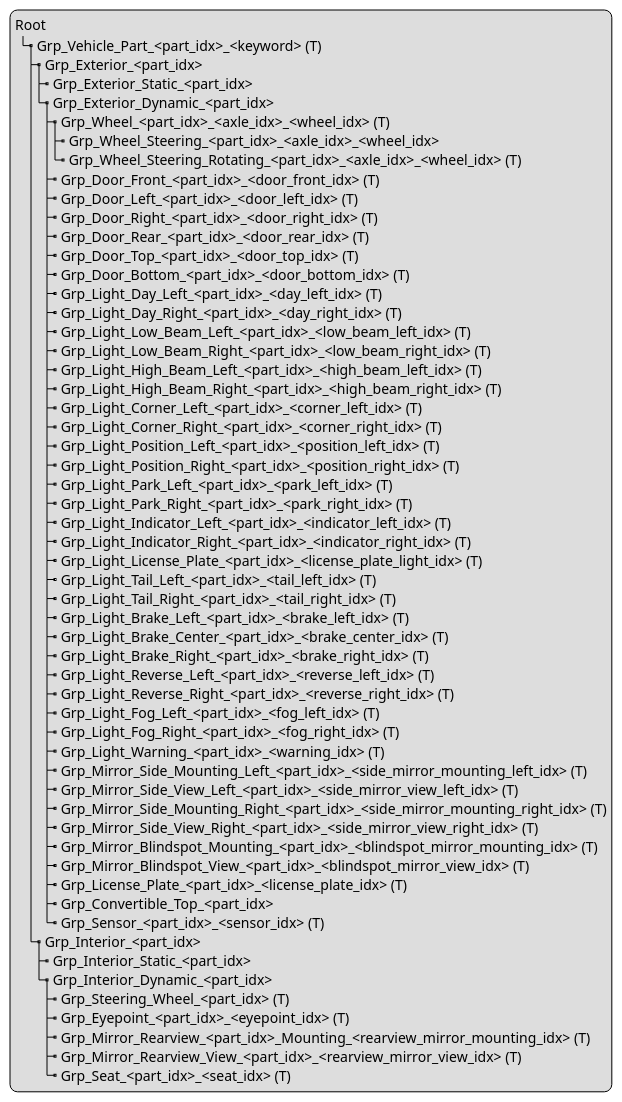
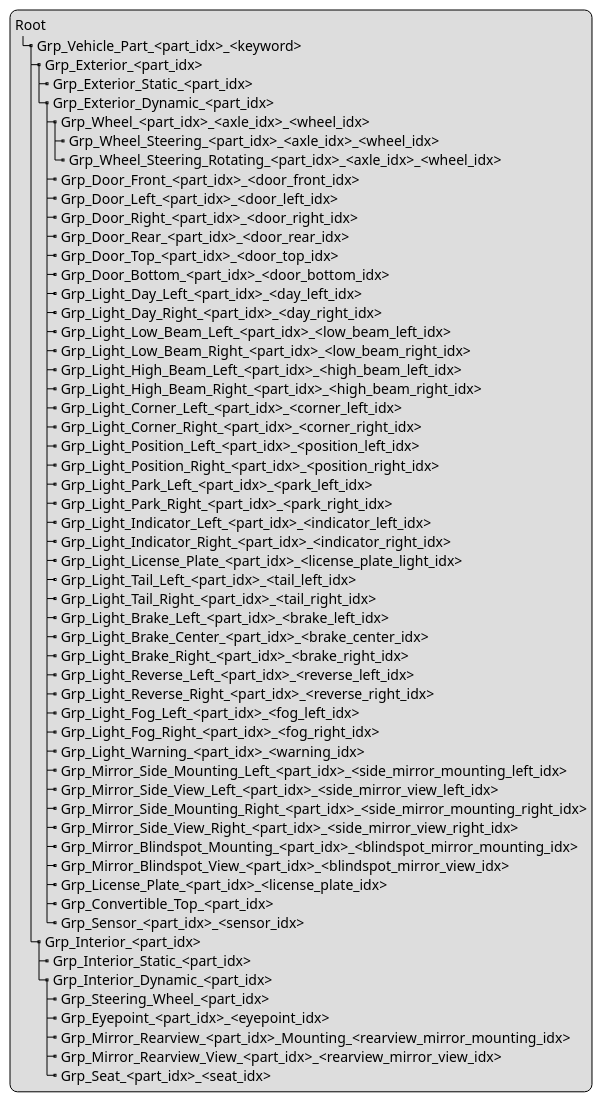
One commit to asam-ev/OpenMATERIAL changed the diagram in content/geometry/object-vehicle/vehicle-structure-model-structure.adoc. Above: the diagram before and after it, drawn with PlantUML. The commit also changed other lines of this file, not shown here.

```diff
--- a/content/geometry/object-vehicle/vehicle-structure-model-structure.adoc
+++ b/content/geometry/object-vehicle/vehicle-structure-model-structure.adoc
@@ -9,61 +9,61 @@
 [plantuml]
 ----
 legend
 Root
-|_ Grp_Vehicle_Part_<part_idx>_<keyword> (T)
+|_ Grp_Vehicle_Part_<part_idx>_<keyword>
   |_ Grp_Exterior_<part_idx>
     |_ Grp_Exterior_Static_<part_idx>
     |_ Grp_Exterior_Dynamic_<part_idx>
-      |_ Grp_Wheel_<part_idx>_<axle_idx>_<wheel_idx> (T)
+      |_ Grp_Wheel_<part_idx>_<axle_idx>_<wheel_idx>
         |_ Grp_Wheel_Steering_<part_idx>_<axle_idx>_<wheel_idx>
-        |_ Grp_Wheel_Steering_Rotating_<part_idx>_<axle_idx>_<wheel_idx> (T)
-      |_ Grp_Door_Front_<part_idx>_<door_front_idx> (T)
-      |_ Grp_Door_Left_<part_idx>_<door_left_idx> (T)
-      |_ Grp_Door_Right_<part_idx>_<door_right_idx> (T)
-      |_ Grp_Door_Rear_<part_idx>_<door_rear_idx> (T)
-      |_ Grp_Door_Top_<part_idx>_<door_top_idx> (T)
-      |_ Grp_Door_Bottom_<part_idx>_<door_bottom_idx> (T)
-      |_ Grp_Light_Day_Left_<part_idx>_<day_left_idx> (T)
-      |_ Grp_Light_Day_Right_<part_idx>_<day_right_idx> (T)
-      |_ Grp_Light_Low_Beam_Left_<part_idx>_<low_beam_left_idx> (T)
-      |_ Grp_Light_Low_Beam_Right_<part_idx>_<low_beam_right_idx> (T)
-      |_ Grp_Light_High_Beam_Left_<part_idx>_<high_beam_left_idx> (T)
-      |_ Grp_Light_High_Beam_Right_<part_idx>_<high_beam_right_idx> (T)
-      |_ Grp_Light_Corner_Left_<part_idx>_<corner_left_idx> (T)
-      |_ Grp_Light_Corner_Right_<part_idx>_<corner_right_idx> (T)
-      |_ Grp_Light_Position_Left_<part_idx>_<position_left_idx> (T)
-      |_ Grp_Light_Position_Right_<part_idx>_<position_right_idx> (T)
-      |_ Grp_Light_Park_Left_<part_idx>_<park_left_idx> (T)
-      |_ Grp_Light_Park_Right_<part_idx>_<park_right_idx> (T)
-      |_ Grp_Light_Indicator_Left_<part_idx>_<indicator_left_idx> (T)
-      |_ Grp_Light_Indicator_Right_<part_idx>_<indicator_right_idx> (T)
-      |_ Grp_Light_License_Plate_<part_idx>_<license_plate_light_idx> (T)
-      |_ Grp_Light_Tail_Left_<part_idx>_<tail_left_idx> (T)
-      |_ Grp_Light_Tail_Right_<part_idx>_<tail_right_idx> (T)
-      |_ Grp_Light_Brake_Left_<part_idx>_<brake_left_idx> (T)
-      |_ Grp_Light_Brake_Center_<part_idx>_<brake_center_idx> (T)
-      |_ Grp_Light_Brake_Right_<part_idx>_<brake_right_idx> (T)
-      |_ Grp_Light_Reverse_Left_<part_idx>_<reverse_left_idx> (T)
-      |_ Grp_Light_Reverse_Right_<part_idx>_<reverse_right_idx> (T)
-      |_ Grp_Light_Fog_Left_<part_idx>_<fog_left_idx> (T)
-      |_ Grp_Light_Fog_Right_<part_idx>_<fog_right_idx> (T)
-      |_ Grp_Light_Warning_<part_idx>_<warning_idx> (T)
-      |_ Grp_Mirror_Side_Mounting_Left_<part_idx>_<side_mirror_mounting_left_idx> (T)
-      |_ Grp_Mirror_Side_View_Left_<part_idx>_<side_mirror_view_left_idx> (T)
-      |_ Grp_Mirror_Side_Mounting_Right_<part_idx>_<side_mirror_mounting_right_idx> (T)
-      |_ Grp_Mirror_Side_View_Right_<part_idx>_<side_mirror_view_right_idx> (T)
-      |_ Grp_Mirror_Blindspot_Mounting_<part_idx>_<blindspot_mirror_mounting_idx> (T)
-      |_ Grp_Mirror_Blindspot_View_<part_idx>_<blindspot_mirror_view_idx> (T)
-      |_ Grp_License_Plate_<part_idx>_<license_plate_idx> (T)
+        |_ Grp_Wheel_Steering_Rotating_<part_idx>_<axle_idx>_<wheel_idx>
+      |_ Grp_Door_Front_<part_idx>_<door_front_idx>
+      |_ Grp_Door_Left_<part_idx>_<door_left_idx>
+      |_ Grp_Door_Right_<part_idx>_<door_right_idx>
+      |_ Grp_Door_Rear_<part_idx>_<door_rear_idx>
+      |_ Grp_Door_Top_<part_idx>_<door_top_idx>
+      |_ Grp_Door_Bottom_<part_idx>_<door_bottom_idx>
+      |_ Grp_Light_Day_Left_<part_idx>_<day_left_idx>
+      |_ Grp_Light_Day_Right_<part_idx>_<day_right_idx>
+      |_ Grp_Light_Low_Beam_Left_<part_idx>_<low_beam_left_idx>
+      |_ Grp_Light_Low_Beam_Right_<part_idx>_<low_beam_right_idx>
+      |_ Grp_Light_High_Beam_Left_<part_idx>_<high_beam_left_idx>
+      |_ Grp_Light_High_Beam_Right_<part_idx>_<high_beam_right_idx>
+      |_ Grp_Light_Corner_Left_<part_idx>_<corner_left_idx>
+      |_ Grp_Light_Corner_Right_<part_idx>_<corner_right_idx>
+      |_ Grp_Light_Position_Left_<part_idx>_<position_left_idx>
+      |_ Grp_Light_Position_Right_<part_idx>_<position_right_idx>
+      |_ Grp_Light_Park_Left_<part_idx>_<park_left_idx>
+      |_ Grp_Light_Park_Right_<part_idx>_<park_right_idx>
+      |_ Grp_Light_Indicator_Left_<part_idx>_<indicator_left_idx>
+      |_ Grp_Light_Indicator_Right_<part_idx>_<indicator_right_idx>
+      |_ Grp_Light_License_Plate_<part_idx>_<license_plate_light_idx>
+      |_ Grp_Light_Tail_Left_<part_idx>_<tail_left_idx>
+      |_ Grp_Light_Tail_Right_<part_idx>_<tail_right_idx>
+      |_ Grp_Light_Brake_Left_<part_idx>_<brake_left_idx>
+      |_ Grp_Light_Brake_Center_<part_idx>_<brake_center_idx>
+      |_ Grp_Light_Brake_Right_<part_idx>_<brake_right_idx>
+      |_ Grp_Light_Reverse_Left_<part_idx>_<reverse_left_idx>
+      |_ Grp_Light_Reverse_Right_<part_idx>_<reverse_right_idx>
+      |_ Grp_Light_Fog_Left_<part_idx>_<fog_left_idx>
+      |_ Grp_Light_Fog_Right_<part_idx>_<fog_right_idx>
+      |_ Grp_Light_Warning_<part_idx>_<warning_idx>
+      |_ Grp_Mirror_Side_Mounting_Left_<part_idx>_<side_mirror_mounting_left_idx>
+      |_ Grp_Mirror_Side_View_Left_<part_idx>_<side_mirror_view_left_idx>
+      |_ Grp_Mirror_Side_Mounting_Right_<part_idx>_<side_mirror_mounting_right_idx>
+      |_ Grp_Mirror_Side_View_Right_<part_idx>_<side_mirror_view_right_idx>
+      |_ Grp_Mirror_Blindspot_Mounting_<part_idx>_<blindspot_mirror_mounting_idx>
+      |_ Grp_Mirror_Blindspot_View_<part_idx>_<blindspot_mirror_view_idx>
+      |_ Grp_License_Plate_<part_idx>_<license_plate_idx>
       |_ Grp_Convertible_Top_<part_idx>
-      |_ Grp_Sensor_<part_idx>_<sensor_idx> (T)
+      |_ Grp_Sensor_<part_idx>_<sensor_idx>
   |_ Grp_Interior_<part_idx>
     |_ Grp_Interior_Static_<part_idx>
     |_ Grp_Interior_Dynamic_<part_idx>
-      |_ Grp_Steering_Wheel_<part_idx> (T)
-      |_ Grp_Eyepoint_<part_idx>_<eyepoint_idx> (T)
-      |_ Grp_Mirror_Rearview_<part_idx>_Mounting_<rearview_mirror_mounting_idx> (T)
-      |_ Grp_Mirror_Rearview_View_<part_idx>_<rearview_mirror_view_idx> (T)
-      |_ Grp_Seat_<part_idx>_<seat_idx> (T)
+      |_ Grp_Steering_Wheel_<part_idx>
+      |_ Grp_Eyepoint_<part_idx>_<eyepoint_idx>
+      |_ Grp_Mirror_Rearview_<part_idx>_Mounting_<rearview_mirror_mounting_idx>
+      |_ Grp_Mirror_Rearview_View_<part_idx>_<rearview_mirror_view_idx>
+      |_ Grp_Seat_<part_idx>_<seat_idx>
 end legend
 ----
```
